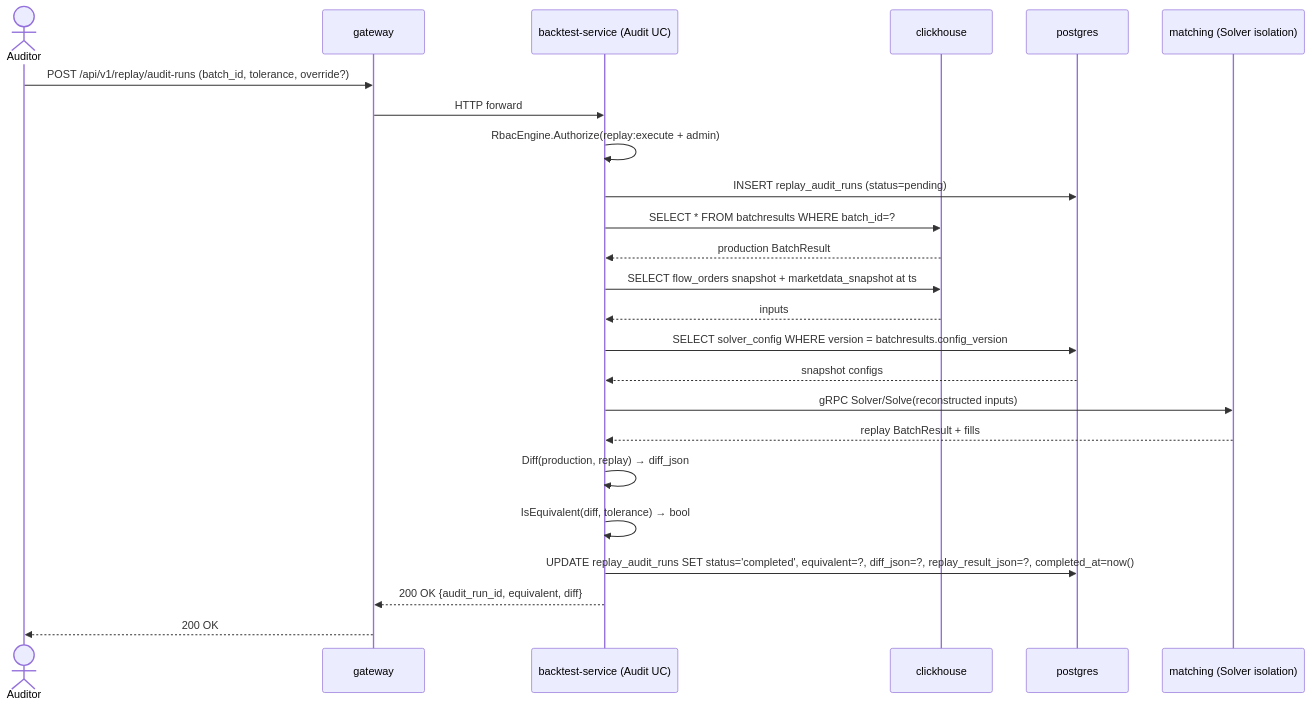
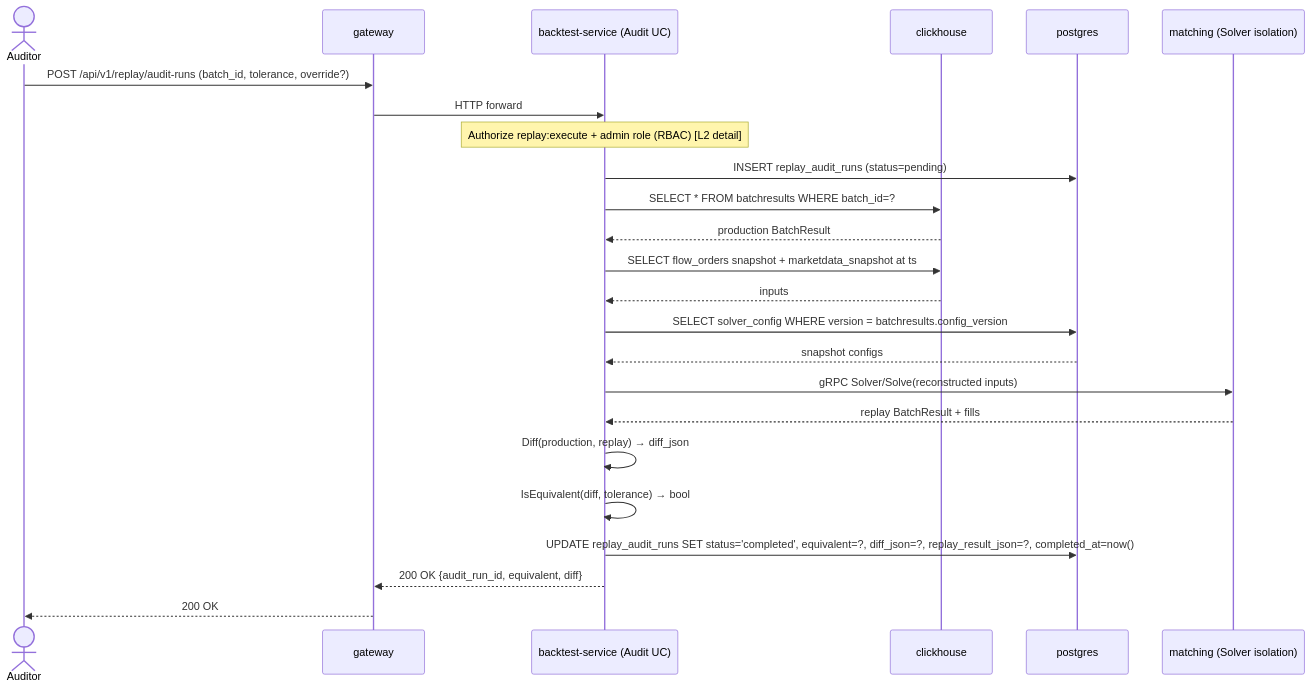
Before and after one commit to kkpiftankin-tech/cont_exchange_v2: the diagram in docs/05-components/sequences/SEQ-F15-04-audit-mode-services.md, drawn with Mermaid. The commit also changed 3 other files, not shown here.

````diff
--- a/docs/05-components/sequences/SEQ-F15-04-audit-mode-services.md
+++ b/docs/05-components/sequences/SEQ-F15-04-audit-mode-services.md
@@ -32,30 +32,30 @@
 ```mermaid
 sequenceDiagram
     actor U as Auditor
     participant GW as gateway
     participant BS as backtest-service (Audit UC)
     participant CH as clickhouse
     participant PG as postgres
     participant MB as matching (Solver isolation)
 
     U->>GW: POST /api/v1/replay/audit-runs (batch_id, tolerance, override?)
     GW->>BS: HTTP forward
-    BS->>BS: RbacEngine.Authorize(replay:execute + admin)
+    Note over BS: Authorize replay:execute + admin role (RBAC) [L2 detail]
     BS->>PG: INSERT replay_audit_runs (status=pending)
 
     BS->>CH: SELECT * FROM batchresults WHERE batch_id=?
     CH-->>BS: production BatchResult
     BS->>CH: SELECT flow_orders snapshot + marketdata_snapshot at ts
     CH-->>BS: inputs
     BS->>PG: SELECT solver_config WHERE version = batchresults.config_version
     PG-->>BS: snapshot configs
 
     BS->>MB: gRPC Solver/Solve(reconstructed inputs)
     MB-->>BS: replay BatchResult + fills
     BS->>BS: Diff(production, replay) → diff_json
     BS->>BS: IsEquivalent(diff, tolerance) → bool
 
     BS->>PG: UPDATE replay_audit_runs SET status='completed', equivalent=?, diff_json=?, replay_result_json=?, completed_at=now()
     BS-->>GW: 200 OK {audit_run_id, equivalent, diff}
     GW-->>U: 200 OK
 ```
````
